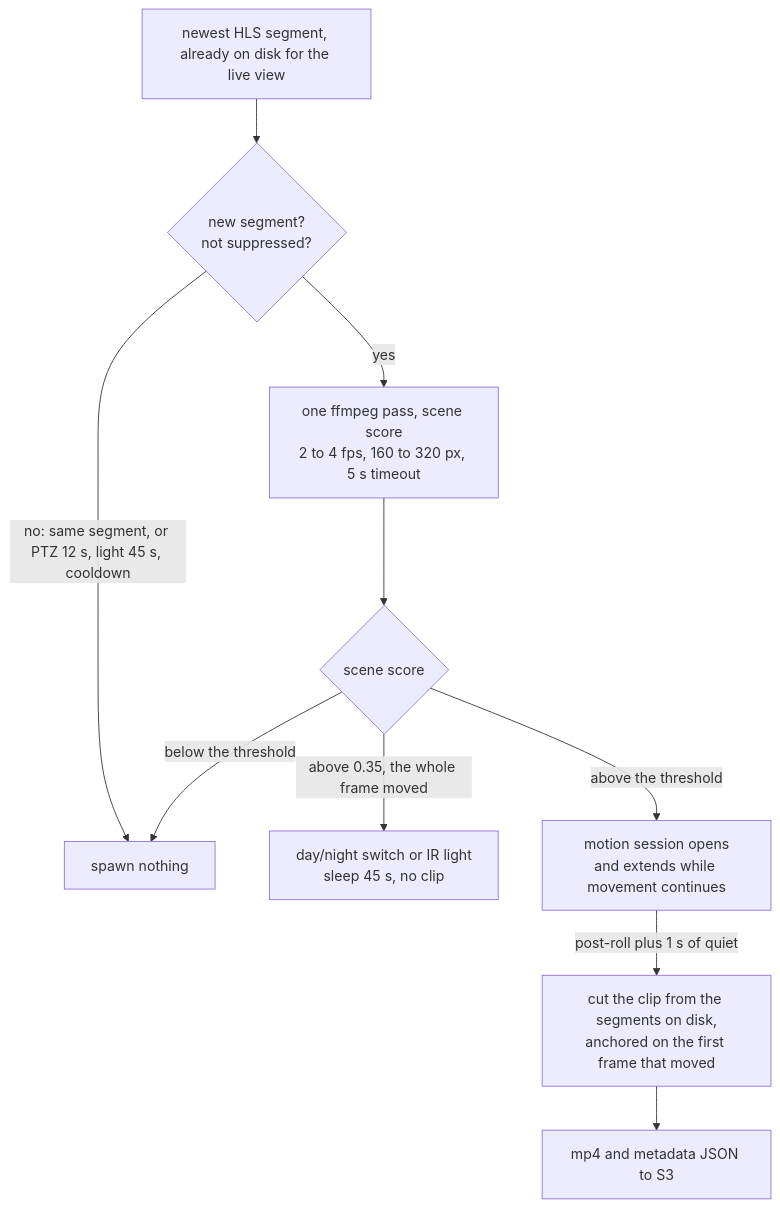
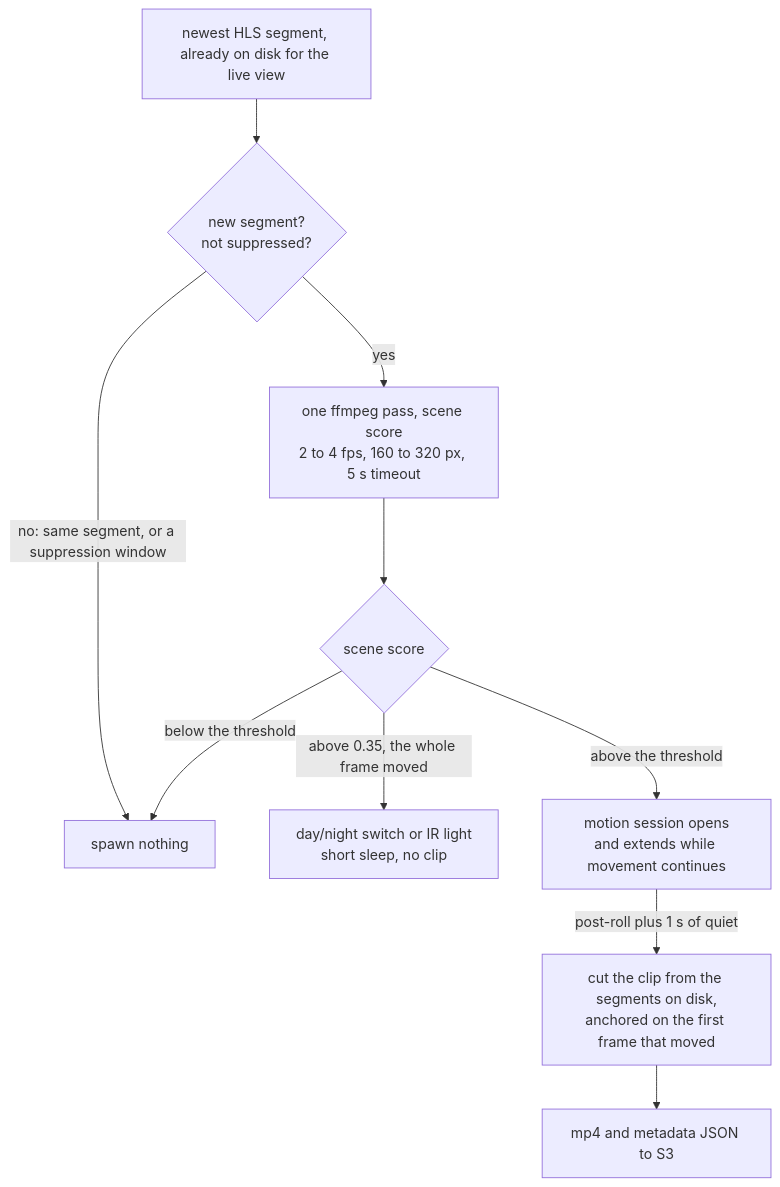
Before and after one commit to Franciskid/homelab-camera: the second of 3 diagrams in README.md, drawn with Mermaid. The commit also changed other lines of this file, not shown here.

````diff
--- a/README.md
+++ b/README.md
@@ -69,12 +69,12 @@
 ```mermaid
 flowchart TD
   seg["newest HLS segment, already on disk for the live view"] --> gate{"new segment?<br/>not suppressed?"}
-  gate -->|"no: same segment, or PTZ 12 s, light 45 s, cooldown"| skip["spawn nothing"]
+  gate -->|"no: same segment, or a suppression window"| skip["spawn nothing"]
   gate -->|yes| score["one ffmpeg pass, scene score<br/>2 to 4 fps, 160 to 320 px, 5 s timeout"]
   score --> verdict{"scene score"}
   verdict -->|"below the threshold"| skip
-  verdict -->|"above 0.35, the whole frame moved"| night["day/night switch or IR light<br/>sleep 45 s, no clip"]
+  verdict -->|"above 0.35, the whole frame moved"| night["day/night switch or IR light<br/>short sleep, no clip"]
   verdict -->|"above the threshold"| sess["motion session opens<br/>and extends while movement continues"]
   sess -->|"post-roll plus 1 s of quiet"| cut["cut the clip from the segments on disk,<br/>anchored on the first frame that moved"]
   cut --> s3["mp4 and metadata JSON to S3"]
 ```
````
